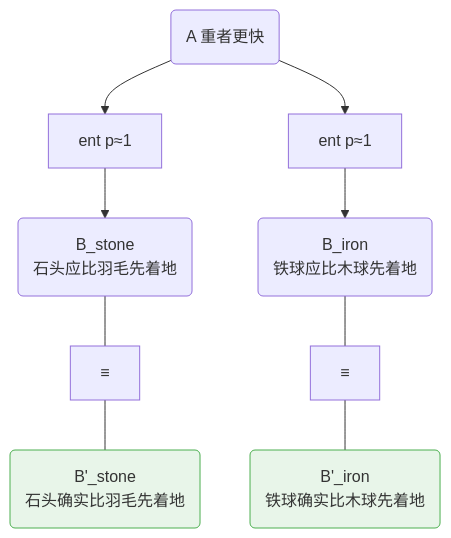
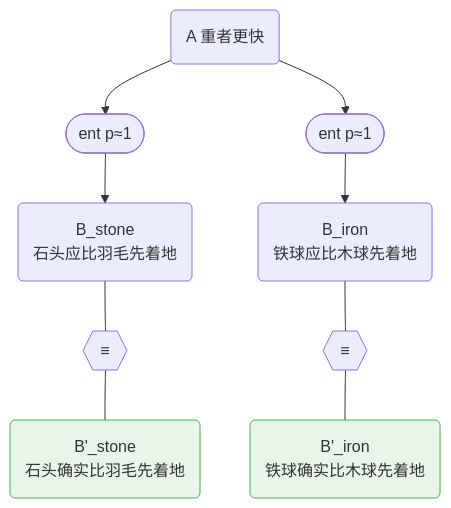
The fifth of 10 diagrams in docs/foundations/theory/science-formalization.md (SiliconEinstein/Gaia), drawn with Mermaid before and after one commit. The commit also changed other lines of this file, not shown here.

First line of the commit message:
docs: unify Mermaid shape conventions — stadium factors, hexagon bindings

````diff
--- a/docs/foundations/theory/science-formalization.md
+++ b/docs/foundations/theory/science-formalization.md
@@ -290,9 +290,9 @@
 ```mermaid
 graph TD
-    A("A 重者更快") --> f1["ent p≈1"] --> Bs("B_stone<br/>石头应比羽毛先着地")
-    A --> f2["ent p≈1"] --> Bi("B_iron<br/>铁球应比木球先着地")
-    Bs --- eq1["≡"] --- Bps("B'_stone<br/>石头确实比羽毛先着地"):::obs
-    Bi --- eq2["≡"] --- Bpi("B'_iron<br/>铁球确实比木球先着地"):::obs
+    A("A 重者更快") --> f1(["ent p≈1"]) --> Bs("B_stone<br/>石头应比羽毛先着地")
+    A --> f2(["ent p≈1"]) --> Bi("B_iron<br/>铁球应比木球先着地")
+    Bs --- eq1{{"≡"}} --- Bps("B'_stone<br/>石头确实比羽毛先着地"):::obs
+    Bi --- eq2{{"≡"}} --- Bpi("B'_iron<br/>铁球确实比木球先着地"):::obs
 
     classDef obs fill:#e8f5e9,stroke:#4caf50
 ```
````
